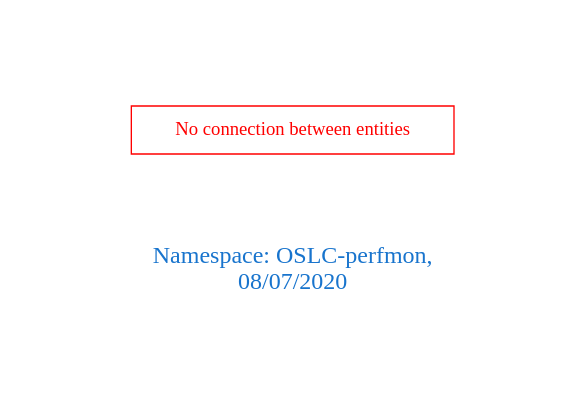
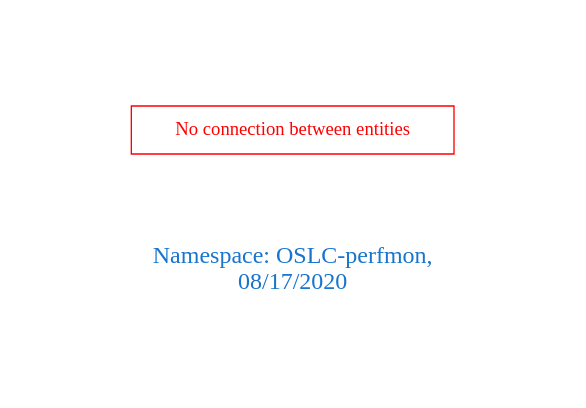
Before and after one commit to arago/OGIT: the diagram in downloads/OSLC-perfmon.dot, drawn with Graphviz. The commit also changed 1822 other files, not shown here.

```diff
--- a/downloads/OSLC-perfmon.dot
+++ b/downloads/OSLC-perfmon.dot
@@ -1,9 +1,9 @@
 digraph OGIT_ontology {
  graph [ rankdir= LR,pad=1 
 fontsize = 18,
-fontcolor= dodgerblue3,label = "\n\n\nNamespace: OSLC-perfmon, \n 08/07/2020"];
+fontcolor= dodgerblue3,label = "\n\n\nNamespace: OSLC-perfmon, \n 08/17/2020"];
 node[shape=polygon];
 edge [  color="gray81"];
 
 "No connection between entities" [fontcolor = "red",color="red", shape="polygon"]
 }
```
